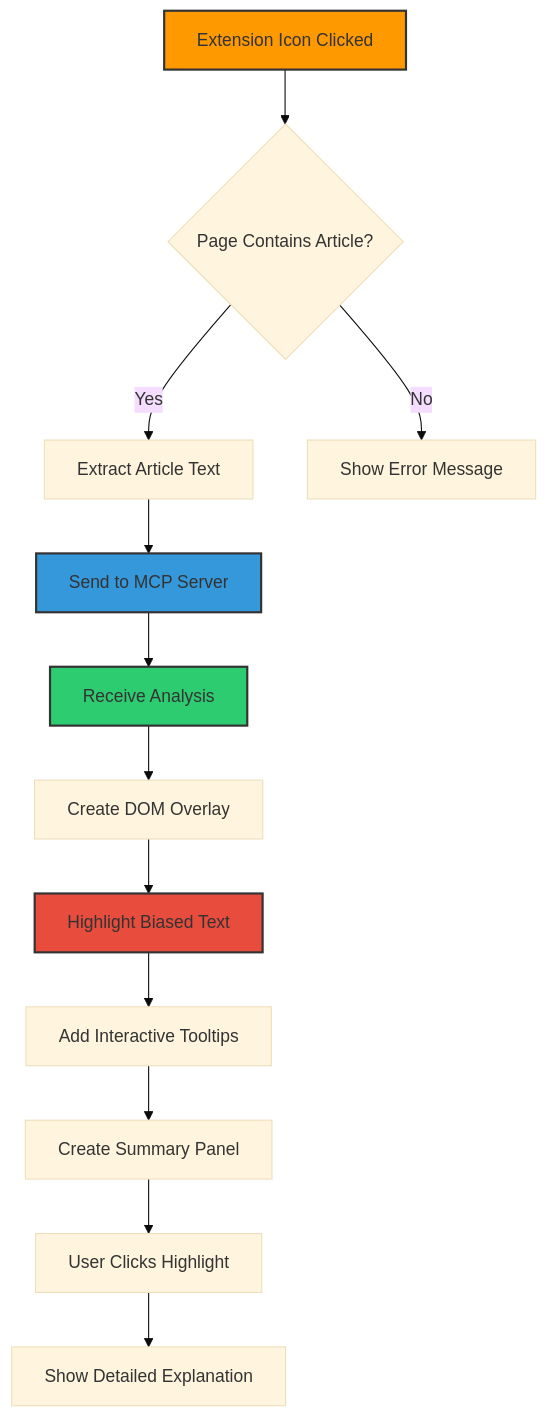
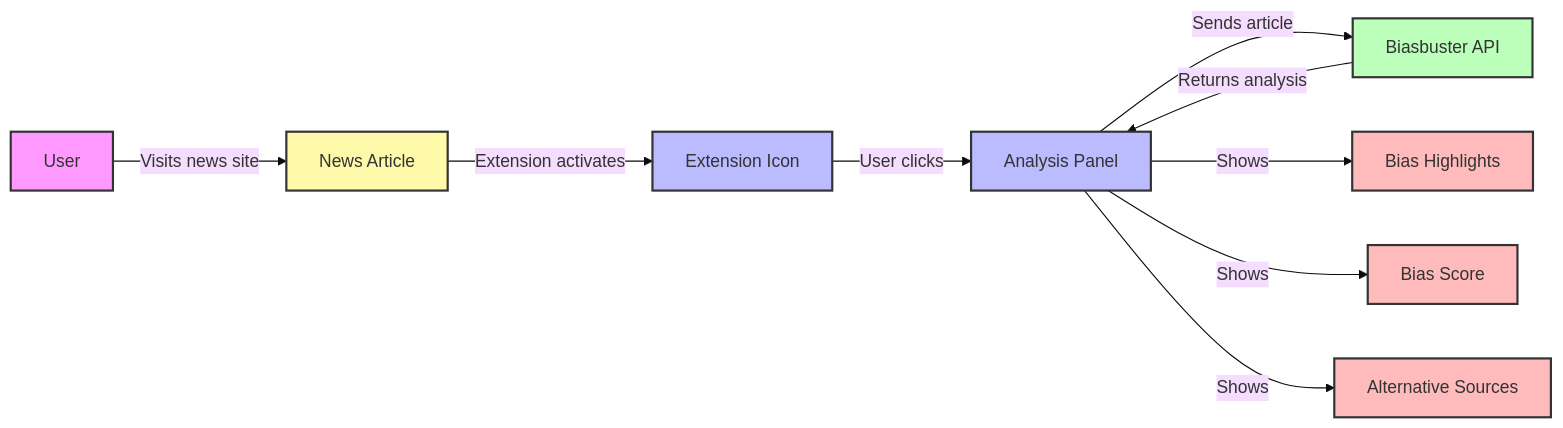
Before and after one commit to amarzeus/Biasbuster: the third of 5 diagrams in FLOWCHART.md, drawn with Mermaid (base theme). The commit also changed other lines of this file and 45 other files, not shown here.

````diff
--- a/FLOWCHART.md
+++ b/FLOWCHART.md
@@ -130,22 +66,20 @@
 ```mermaid
-flowchart TD
-    A[Extension Icon Clicked] --> B{Page Contains Article?}
-    B -->|Yes| C[Extract Article Text]
-    B -->|No| D[Show Error Message]
+graph LR
+    A[User] -->|Visits news site| B[News Article]
+    B -->|Extension activates| C[Extension Icon]
+    C -->|User clicks| D[Analysis Panel]
+    D -->|Sends article| E[Biasbuster API]
+    E -->|Returns analysis| D
+    D -->|Shows| F[Bias Highlights]
+    D -->|Shows| G[Bias Score]
+    D -->|Shows| H[Alternative Sources]
     
-    C --> E[Send to MCP Server]
-    E --> F[Receive Analysis]
-    
-    F --> G[Create DOM Overlay]
-    G --> H[Highlight Biased Text]
-    H --> I[Add Interactive Tooltips]
-    
-    I --> J[Create Summary Panel]
-    J --> K[User Clicks Highlight]
-    K --> L[Show Detailed Explanation]
-    
-    style A fill:#ff9900,stroke:#333,stroke-width:2px
-    style E fill:#3498db,stroke:#333,stroke-width:2px
-    style F fill:#2ecc71,stroke:#333,stroke-width:2px
-    style H fill:#e74c3c,stroke:#333,stroke-width:2px
+    style A fill:#f9f,stroke:#333,stroke-width:2px
+    style B fill:#fffaaa,stroke:#333,stroke-width:2px
+    style C fill:#bbf,stroke:#333,stroke-width:2px
+    style D fill:#bbf,stroke:#333,stroke-width:2px
+    style E fill:#bfb,stroke:#333,stroke-width:2px
+    style F fill:#fbb,stroke:#333,stroke-width:2px
+    style G fill:#fbb,stroke:#333,stroke-width:2px
+    style H fill:#fbb,stroke:#333,stroke-width:2px
 ```
````
